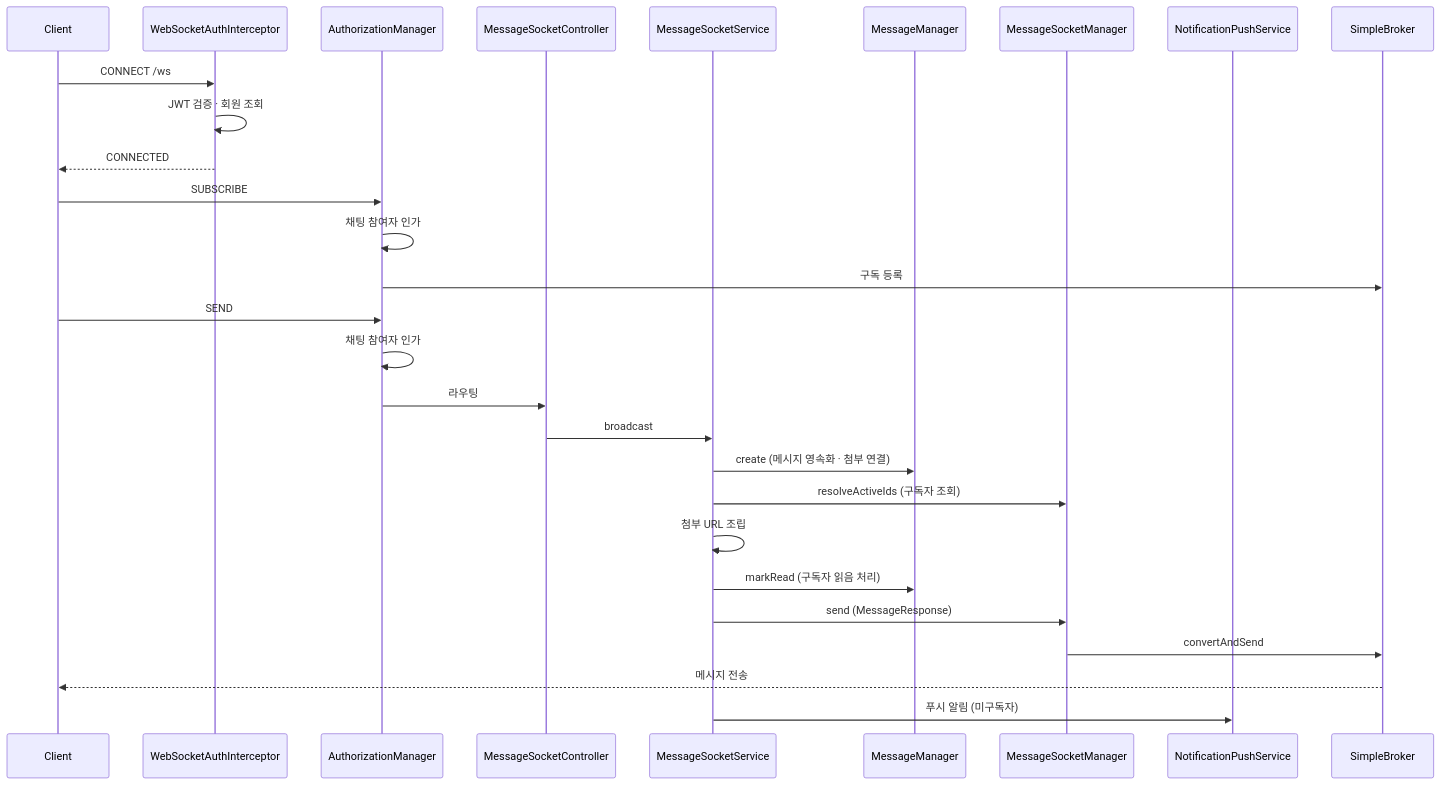
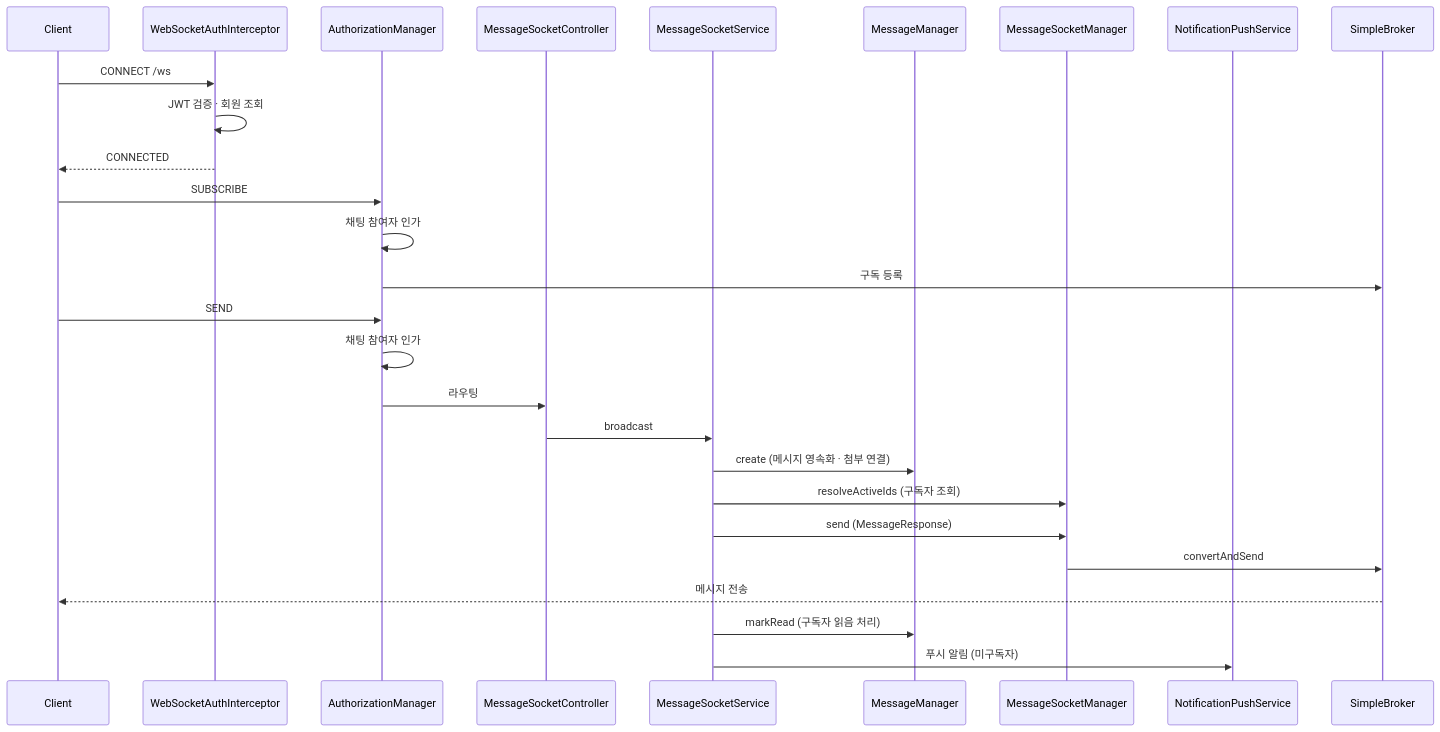
Before and after one commit to mortonCareer/bconnect: the diagram in apps/api/docs/stomp-architecture.md, drawn with Mermaid. The commit also changed 3 other files, not shown here.

````diff
--- a/apps/api/docs/stomp-architecture.md
+++ b/apps/api/docs/stomp-architecture.md
@@ -7,33 +7,32 @@
 ```mermaid
 sequenceDiagram
     participant Client
     participant Interceptor as WebSocketAuthInterceptor
     participant Authz as AuthorizationManager
     participant Ctrl as MessageSocketController
     participant Service as MessageSocketService
     participant Msg as MessageManager
     participant Manager as MessageSocketManager
     participant Push as NotificationPushService
     participant Broker as SimpleBroker
 
     Client->>Interceptor: CONNECT /ws
     Interceptor->>Interceptor: JWT 검증 · 회원 조회
     Interceptor-->>Client: CONNECTED
 
     Client->>Authz: SUBSCRIBE
     Authz->>Authz: 채팅 참여자 인가
     Authz->>Broker: 구독 등록
 
     Client->>Authz: SEND
     Authz->>Authz: 채팅 참여자 인가
     Authz->>Ctrl: 라우팅
     Ctrl->>Service: broadcast
     Service->>Msg: create (메시지 영속화 · 첨부 연결)
     Service->>Manager: resolveActiveIds (구독자 조회)
-    Service->>Service: 첨부 URL 조립
-    Service->>Msg: markRead (구독자 읽음 처리)
     Service->>Manager: send (MessageResponse)
     Manager->>Broker: convertAndSend
     Broker-->>Client: 메시지 전송
+    Service->>Msg: markRead (구독자 읽음 처리)
     Service->>Push: 푸시 알림 (미구독자)
 ```
````
